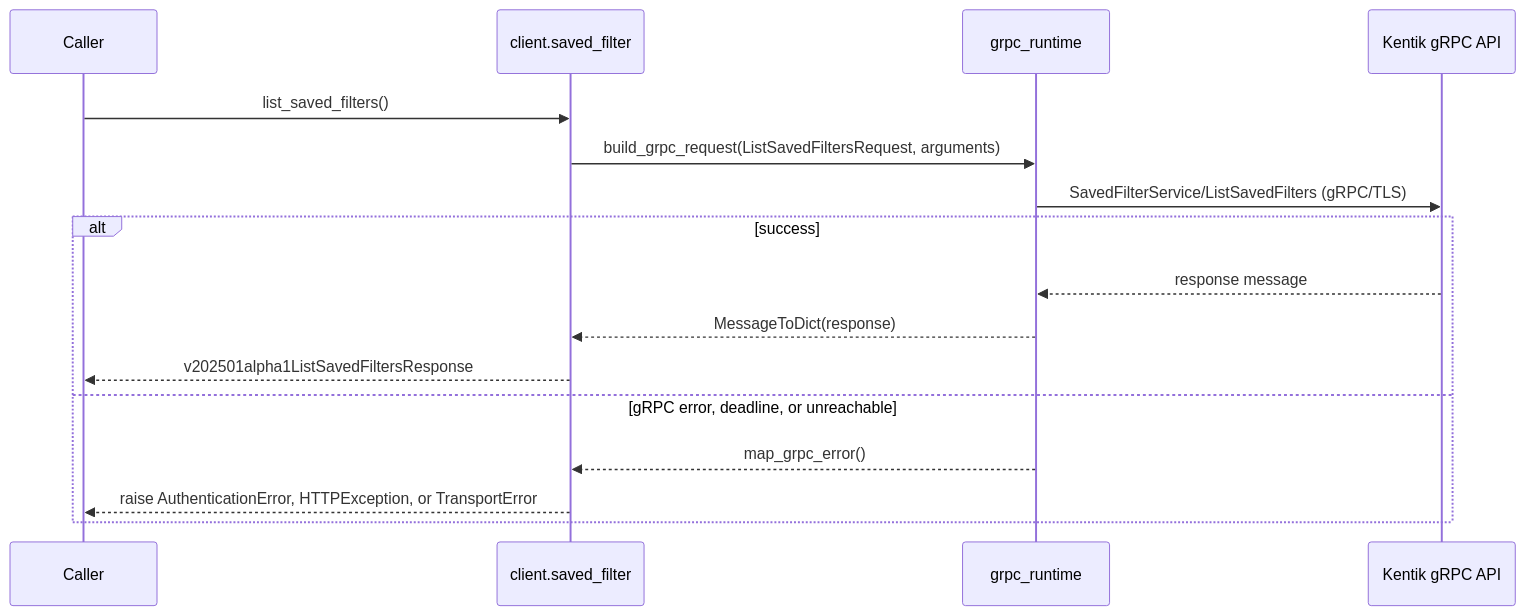
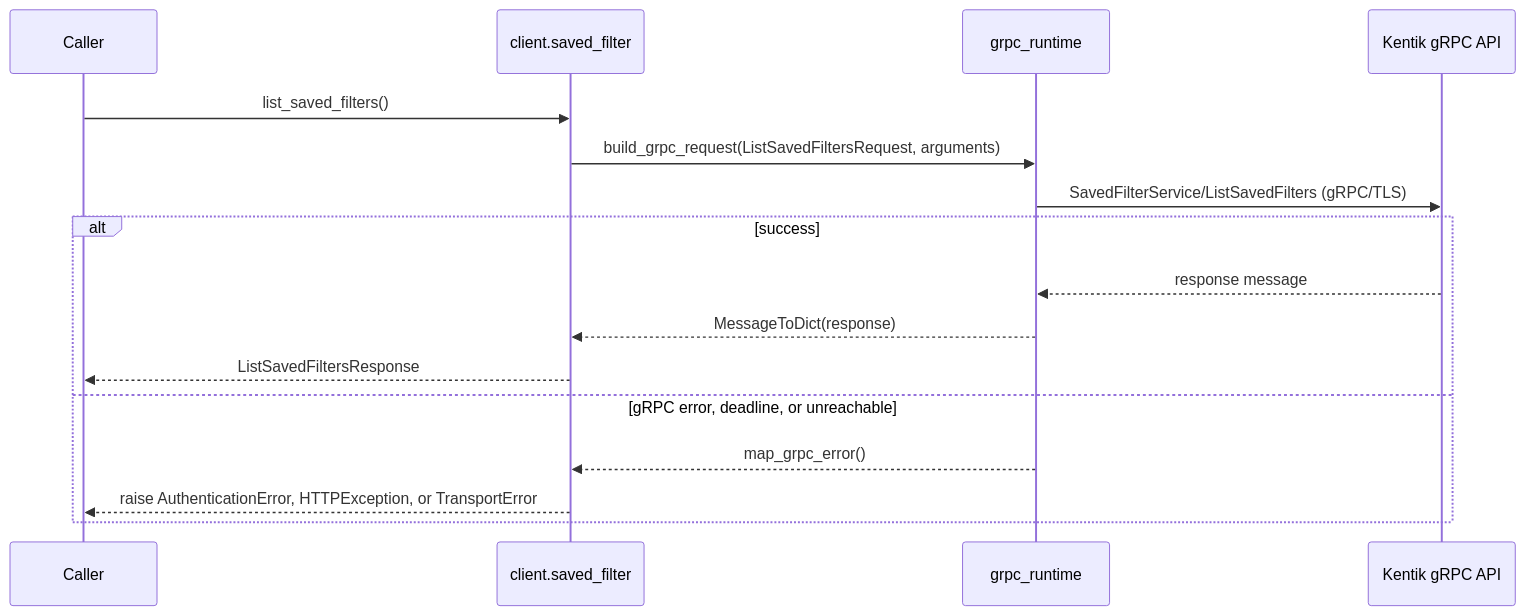
One commit to alexdearaujo/community_sdk_python changed diagram 11 of 14 in docs/sphinx/services/saved_filter.md. Above: the diagram before and after it, drawn with Mermaid. The commit also changed other lines of this file and 38 other files, not shown here.

````diff
--- a/docs/sphinx/services/saved_filter.md
+++ b/docs/sphinx/services/saved_filter.md
@@ -365,19 +365,19 @@
 ```mermaid
 sequenceDiagram
     participant C as Caller
     participant W as client.saved_filter
     participant R as grpc_runtime
     participant API as Kentik gRPC API
 
     C->>W: list_saved_filters()
     W->>R: build_grpc_request(ListSavedFiltersRequest, arguments)
     R->>API: SavedFilterService/ListSavedFilters (gRPC/TLS)
     alt success
         API-->>R: response message
         R-->>W: MessageToDict(response)
-        W-->>C: v202501alpha1ListSavedFiltersResponse
+        W-->>C: ListSavedFiltersResponse
     else gRPC error, deadline, or unreachable
         R-->>W: map_grpc_error()
         W-->>C: raise AuthenticationError, HTTPException, or TransportError
     end
 ```
````
